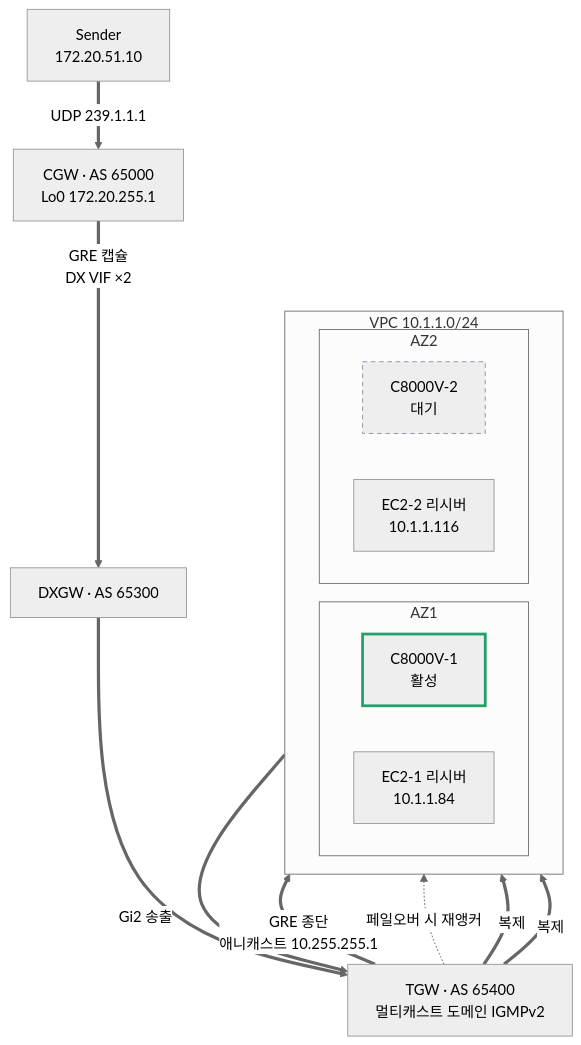
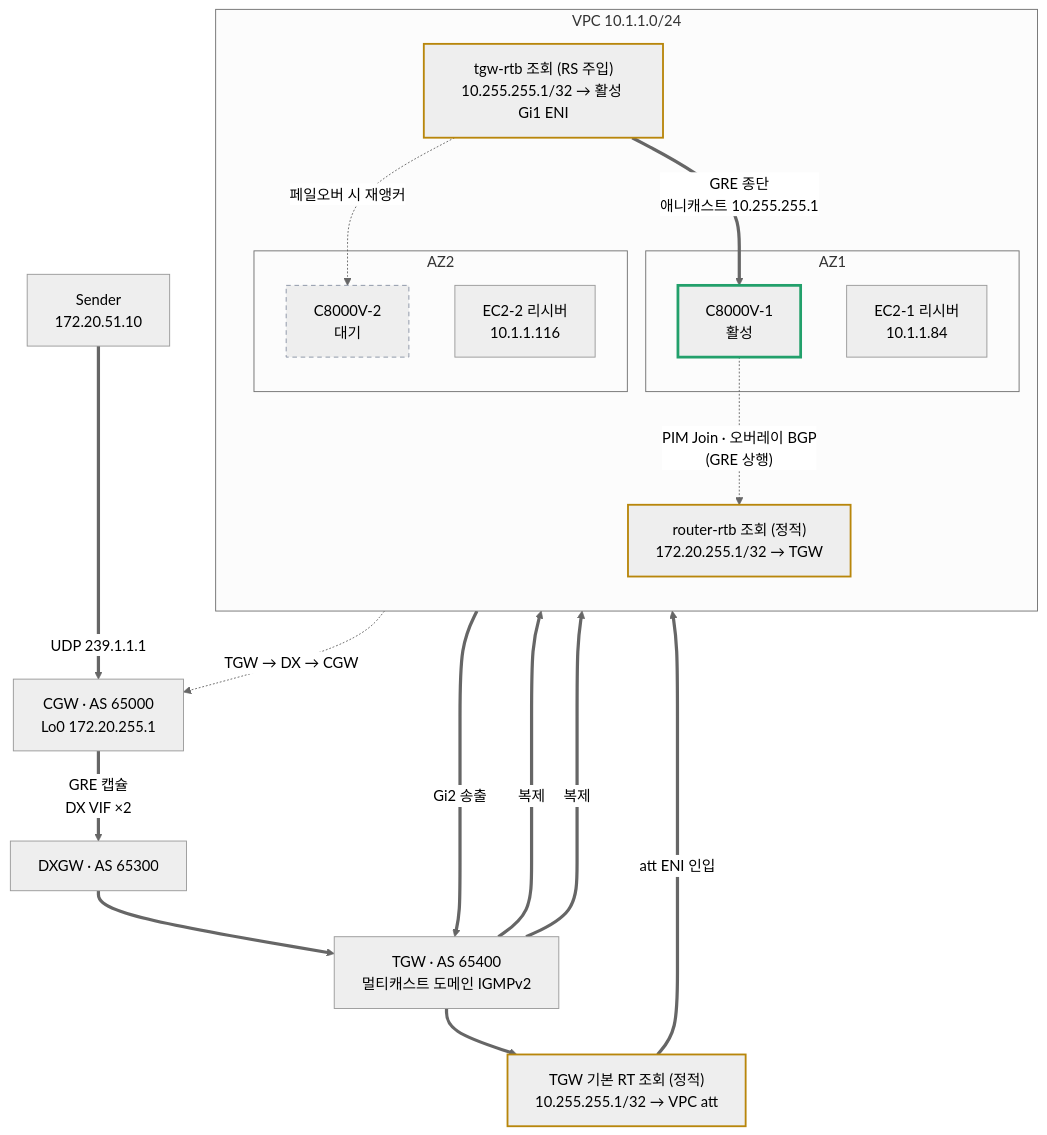
Before and after one commit to conft2k/aws-tgw-mts: the first of 2 diagrams in Lab-Topology.md, drawn with Mermaid (neutral theme). The commit also changed other lines of this file, not shown here.

Commit message:
Lab-Topology: show route-table lookups along the multicast data path
TGW default RT (static), tgw-rtb (RS-injected, the failover pivot), and
router-rtb (reverse GRE leg) drawn inline as amber nodes; note that the
domain replication leg uses IGMP membership, not route tables.

````diff
--- a/Lab-Topology.md
+++ b/Lab-Topology.md
@@ -8,34 +8,43 @@
 ```mermaid
 flowchart TB
     SENDER["Sender<br/>172.20.51.10"]
     CGW["CGW · AS 65000<br/>Lo0 172.20.255.1"]
     DXGW["DXGW · AS 65300"]
     TGW["TGW · AS 65400<br/>멀티캐스트 도메인 IGMPv2"]
+    TGWRT["TGW 기본 RT 조회 (정적)<br/>10.255.255.1/32 → VPC att"]
 
     SENDER ==>|"UDP 239.1.1.1"| CGW
     CGW ==>|"GRE 캡슐<br/>DX VIF ×2"| DXGW
     DXGW ==> TGW
+    TGW ==> TGWRT
 
     subgraph VPC["VPC 10.1.1.0/24"]
-        direction LR
+        direction TB
+        TGWRTB["tgw-rtb 조회 (RS 주입)<br/>10.255.255.1/32 → 활성 Gi1 ENI"]
+        RRTB["router-rtb 조회 (정적)<br/>172.20.255.1/32 → TGW"]
         subgraph AZ1["AZ1"]
             C1["C8000V-1<br/>활성"]
             R1["EC2-1 리시버<br/>10.1.1.84"]
         end
         subgraph AZ2["AZ2"]
             C2["C8000V-2<br/>대기"]
             R2["EC2-2 리시버<br/>10.1.1.116"]
         end
     end
 
-    TGW ==>|"GRE 종단<br/>애니캐스트 10.255.255.1"| C1
-    TGW -.->|"페일오버 시 재앵커"| C2
+    TGWRT ==>|"att ENI 인입"| TGWRTB
+    TGWRTB ==>|"GRE 종단<br/>애니캐스트 10.255.255.1"| C1
+    TGWRTB -.->|"페일오버 시 재앵커"| C2
     C1 ==>|"Gi2 송출"| TGW
     TGW ==>|"복제"| R1
     TGW ==>|"복제"| R2
+    C1 -.->|"PIM Join · 오버레이 BGP<br/>(GRE 상행)"| RRTB
+    RRTB -.->|"TGW → DX → CGW"| CGW
 
     classDef active stroke:#22a06b,stroke-width:3px
     classDef standby stroke:#8993a4,stroke-dasharray:5 4
+    classDef rtb stroke:#b8860b,stroke-width:2px
     class C1 active
     class C2 standby
+    class TGWRT,TGWRTB,RRTB rtb
 ```
````
